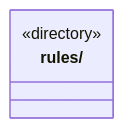
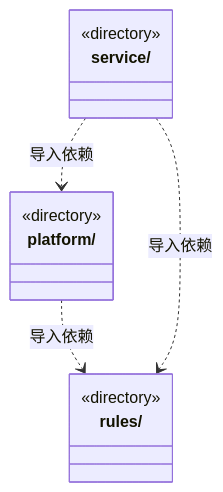
The diagram in src/logic/file-operations/ARCHITECTURE.md (nan023062/cbim), drawn with Mermaid before and after one commit. The commit also changed other lines of this file and 657 other files, not shown here.

````diff
--- a/src/logic/file-operations/ARCHITECTURE.md
+++ b/src/logic/file-operations/ARCHITECTURE.md
@@ -15,6 +15,15 @@
 ```mermaid
 classDiagram
+class N_src_logic_file_operations_platform["platform/"] {
+  <<directory>>
+}
 class N_src_logic_file_operations_rules["rules/"] {
   <<directory>>
 }
+class N_src_logic_file_operations_service["service/"] {
+  <<directory>>
+}
+N_src_logic_file_operations_platform ..> N_src_logic_file_operations_rules : 导入依赖
+N_src_logic_file_operations_service ..> N_src_logic_file_operations_platform : 导入依赖
+N_src_logic_file_operations_service ..> N_src_logic_file_operations_rules : 导入依赖
 ```
````
